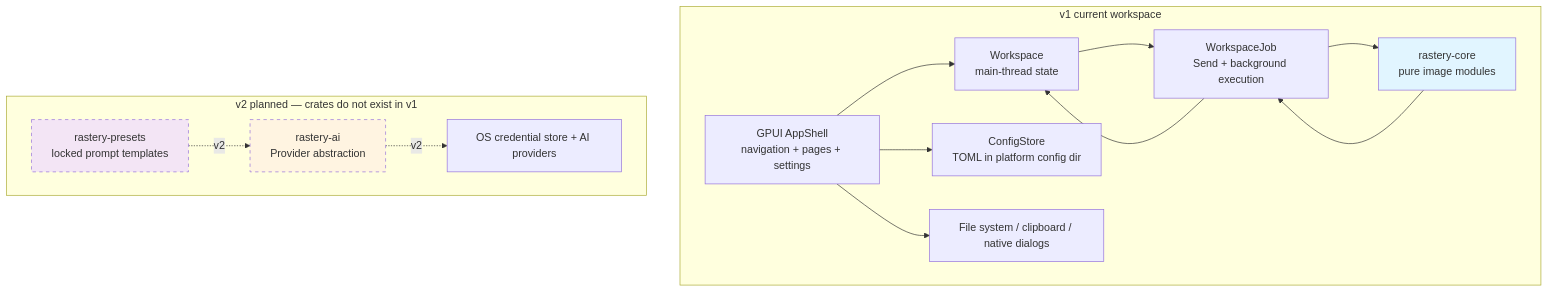
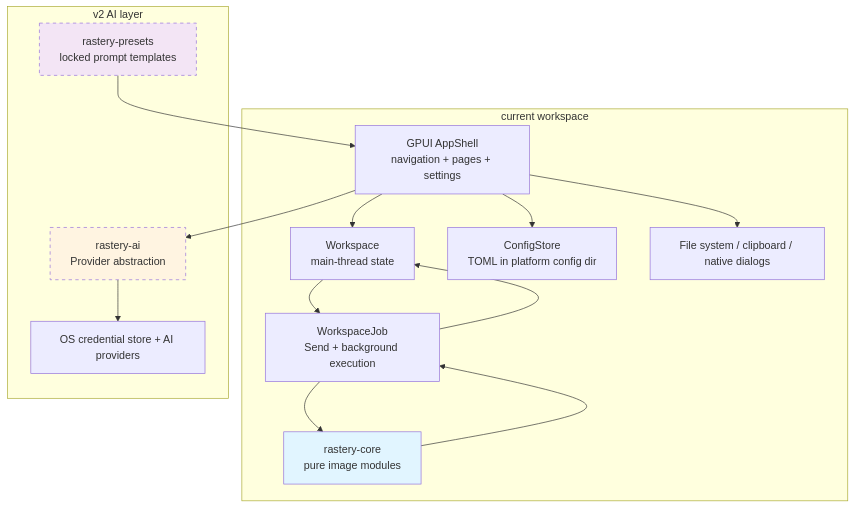
Before and after one commit to willmove/impressy: the first of 2 diagrams in docs/spec/design.md, drawn with Mermaid. The commit also changed other lines of this file and 66 other files, not shown here.

````diff
--- a/docs/spec/design.md
+++ b/docs/spec/design.md
@@ -56,31 +58,32 @@
 ```mermaid
 graph TB
-    subgraph "v1 current workspace"
+    subgraph "current workspace"
         A["GPUI AppShell<br/>navigation + pages + settings"]
         B["Workspace<br/>main-thread state"]
         C["WorkspaceJob<br/>Send + background execution"]
         D["rastery-core<br/>pure image modules"]
         E["ConfigStore<br/>TOML in platform config dir"]
         F["File system / clipboard / native dialogs"]
     end
 
-    subgraph "v2 planned — crates do not exist in v1"
+    subgraph "v2 AI layer"
         G["rastery-ai<br/>Provider abstraction"]
         H["rastery-presets<br/>locked prompt templates"]
         I["OS credential store + AI providers"]
     end
 
     A --> B
     B --> C
     C --> D
     D --> C
     C --> B
     A --> E
     A --> F
-    G -. "v2" .-> I
-    H -. "v2" .-> G
+    A --> G
+    G --> I
+    H --> A
 
     style D fill:#e1f5ff
     style G fill:#fff4e1,stroke-dasharray: 5 5
     style H fill:#f3e5f5,stroke-dasharray: 5 5
 ```
````
